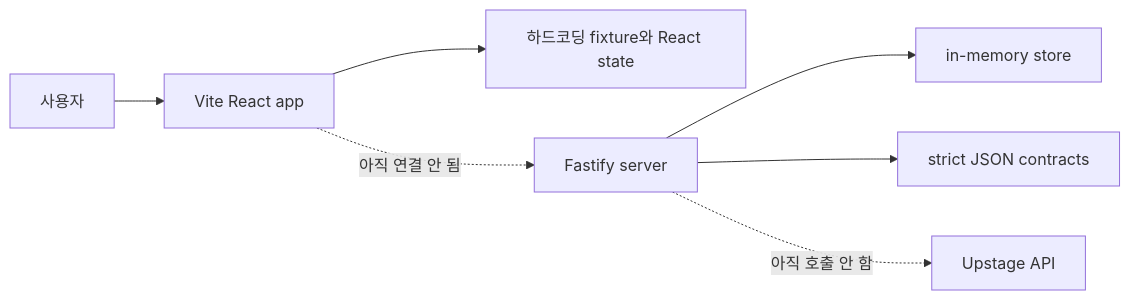
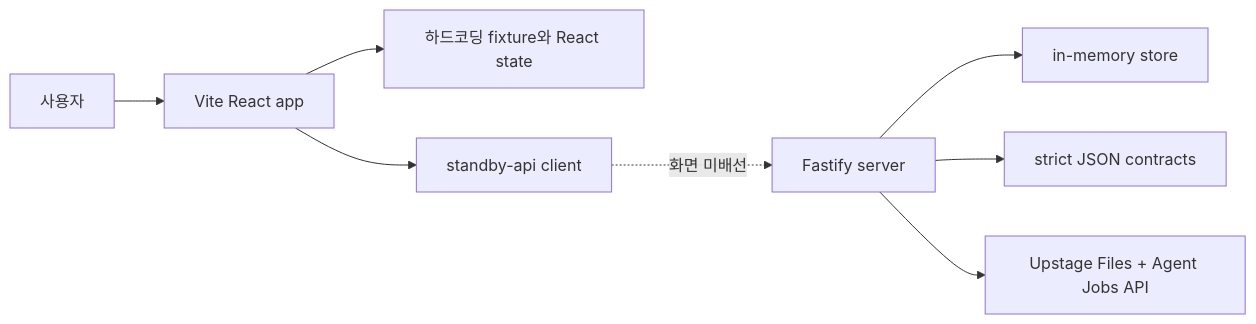
The diagram in project/FEATURE_SPEC_CURRENT.md (Rudy-009/45_Junction_Project), drawn with Mermaid before and after one commit. The commit also changed other lines of this file and 2 other files, not shown here.

````diff
--- a/project/FEATURE_SPEC_CURRENT.md
+++ b/project/FEATURE_SPEC_CURRENT.md
@@ -153,9 +155,10 @@
 ```mermaid
 flowchart LR
   U[사용자] --> A[Vite React app]
   A --> F[하드코딩 fixture와 React state]
-  A -. 아직 연결 안 됨 .-> S[Fastify server]
+  A --> CL[standby-api client]
+  CL -. 화면 미배선 .-> S[Fastify server]
   S --> M[in-memory store]
   S --> C[strict JSON contracts]
-  S -. 아직 호출 안 함 .-> UP[Upstage API]
+  S --> UP[Upstage Files + Agent Jobs API]
 ```
````
